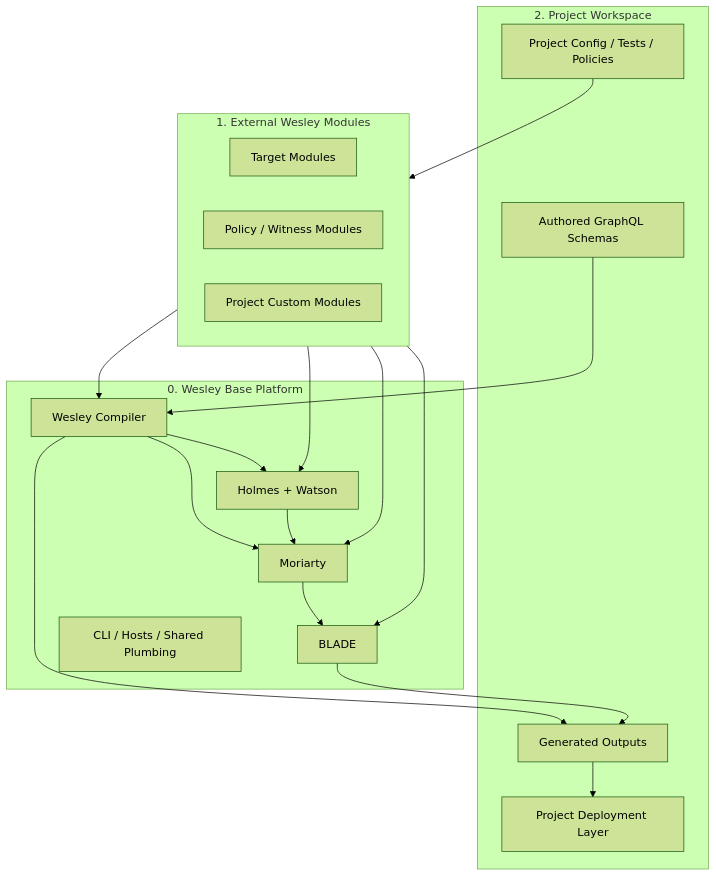
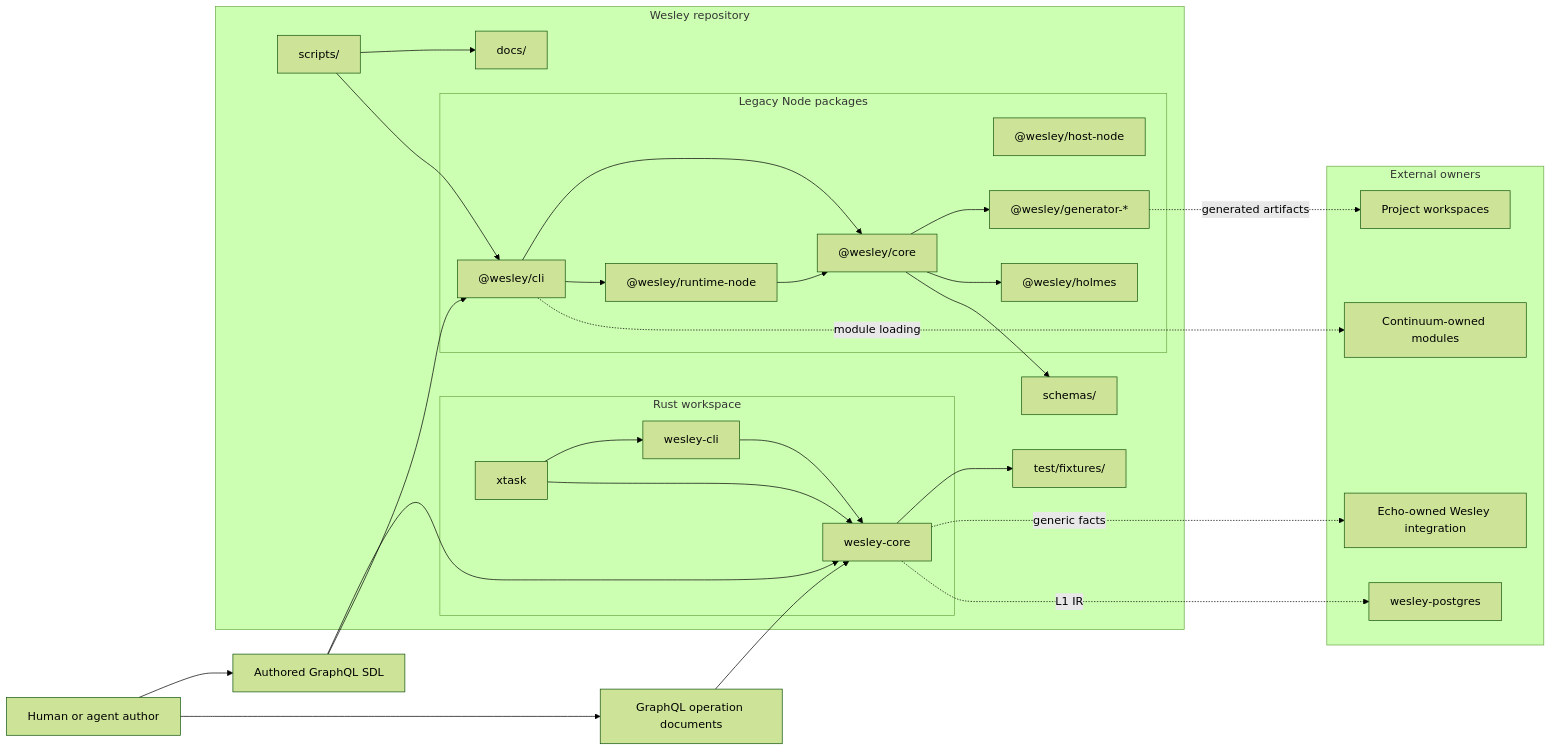
Before and after one commit to flyingrobots/wesley: the first of 9 diagrams in docs/ARCHITECTURE.md, drawn with Mermaid (forest theme). The commit also changed other lines of this file, not shown here.

Commit message:
docs(architecture): rewrite current repo map

````diff
--- a/docs/ARCHITECTURE.md
+++ b/docs/ARCHITECTURE.md
@@ -19,37 +40,57 @@
 ```mermaid
-flowchart TD
-    subgraph Project["2. Project Workspace"]
-        SDL[Authored GraphQL Schemas]
-        CFG[Project Config / Tests / Policies]
-        OUT[Generated Outputs]
-        DEP[Project Deployment Layer]
+flowchart LR
+    Author[Human or agent author] --> SDL[Authored GraphQL SDL]
+    Author --> OP[GraphQL operation documents]
+
+    subgraph WesleyRepo["Wesley repository"]
+        subgraph Rust["Rust workspace"]
+            Core[wesley-core]
+            NativeCli[wesley-cli]
+            Xtask[xtask]
+        end
+
+        subgraph Node["Legacy Node packages"]
+            JsCore["@wesley/core"]
+            JsCli["@wesley/cli"]
+            Runtime["@wesley/runtime-node"]
+            HostNode["@wesley/host-node"]
+            Generators["@wesley/generator-*"]
+            Holmes["@wesley/holmes"]
+        end
+
+        Docs[docs/]
+        Schemas[schemas/]
+        Fixtures[test/fixtures/]
+        Scripts[scripts/]
     end
 
-    subgraph Modules["1. External Wesley Modules"]
-        TARGETS[Target Modules]
-        POLICY[Policy / Witness Modules]
-        CUSTOM[Project Custom Modules]
+    subgraph External["External owners"]
+        Echo[Echo-owned Wesley integration]
+        Postgres[wesley-postgres]
+        Continuum[Continuum-owned modules]
+        Apps[Project workspaces]
     end
 
-    subgraph Base["0. Wesley Base Platform"]
-        W[Wesley Compiler]
-        H[Holmes + Watson]
-        M[Moriarty]
-        B[BLADE]
-        HOST[CLI / Hosts / Shared Plumbing]
-    end
+    SDL --> Core
+    OP --> Core
+    NativeCli --> Core
+    Xtask --> NativeCli
+    Xtask --> Core
 
-    SDL --> W
-    CFG --> Modules
-    Modules --> W
-    Modules --> H
-    Modules --> M
-    Modules --> B
-    W --> H
-    W --> M
-    H --> M
-    M --> B
-    W --> OUT
-    B --> OUT
-    OUT --> DEP
+    SDL --> JsCli
+    JsCli --> JsCore
+    JsCli --> Runtime
+    Runtime --> JsCore
+    JsCore --> Generators
+    JsCore --> Holmes
+
+    Core --> Fixtures
+    JsCore --> Schemas
+    Scripts --> Docs
+    Scripts --> JsCli
+
+    Core -. generic facts .-> Echo
+    Core -. L1 IR .-> Postgres
+    JsCli -. module loading .-> Continuum
+    Generators -. generated artifacts .-> Apps
 ```
````
